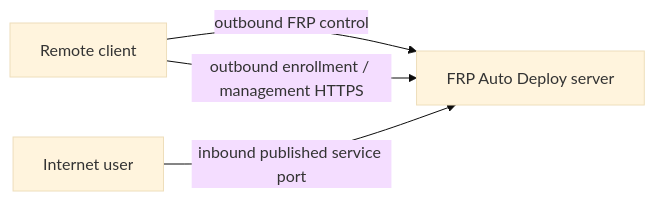
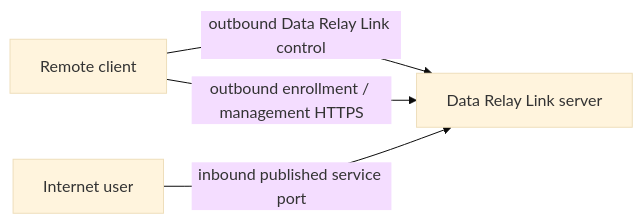
The first of 2 diagrams in reference/network-ports.mdx (datarelay-labs/data-relay-link-docs), drawn with Mermaid (base theme) before and after one commit. The commit also changed other lines of this file and 36 other files, not shown here.

````diff
--- a/reference/network-ports.mdx
+++ b/reference/network-ports.mdx
@@ -12,10 +12,10 @@
 ```mermaid
 flowchart LR
     C[Remote client]
-    S[FRP Auto Deploy server]
+    S[Data Relay Link server]
     U[Internet user]
 
-    C -->|outbound FRP control| S
+    C -->|outbound Data Relay Link control| S
     C -->|outbound enrollment / management HTTPS| S
     U -->|inbound published service port| S
 ```
````
